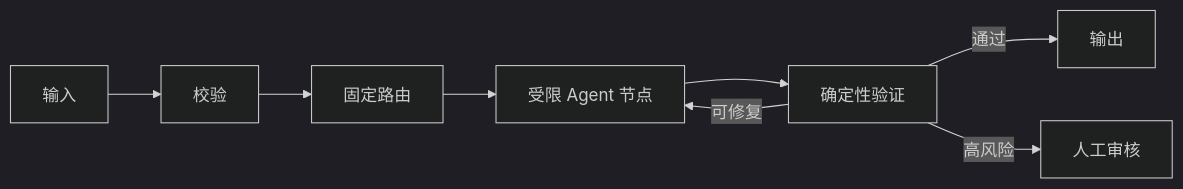
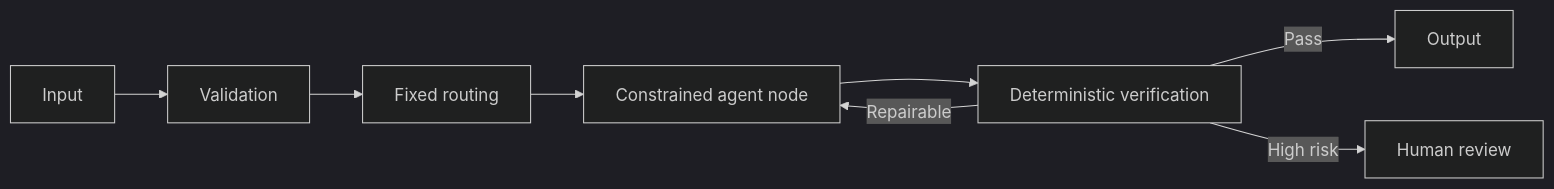
One commit to oneleaveknowsthefall/awesome-ai-roadmap changed the ninth of 10 diagrams in docs/agent/02-reasoning-planning/04-agent-design-patterns.md. Above: the diagram before and after it, drawn with Mermaid (dark theme). The commit also changed other lines of this file and 68 other files, not shown here.

````diff
--- a/docs/agent/02-reasoning-planning/04-agent-design-patterns.md
+++ b/docs/agent/02-reasoning-planning/04-agent-design-patterns.md
@@ -469,10 +473,10 @@
 ```mermaid
 flowchart LR
-    IN[输入] --> V[校验]
-    V --> ROUTE[固定路由]
-    ROUTE --> AG[受限 Agent 节点]
-    AG --> CHECK[确定性验证]
-    CHECK -->|通过| OUT[输出]
-    CHECK -->|可修复| AG
-    CHECK -->|高风险| HUMAN[人工审核]
+    IN[Input] --> V[Validation]
+    V --> ROUTE[Fixed routing]
+    ROUTE --> AG[Constrained agent node]
+    AG --> CHECK[Deterministic verification]
+    CHECK -->|Pass| OUT[Output]
+    CHECK -->|Repairable| AG
+    CHECK -->|High risk| HUMAN[Human review]
 ```
````
